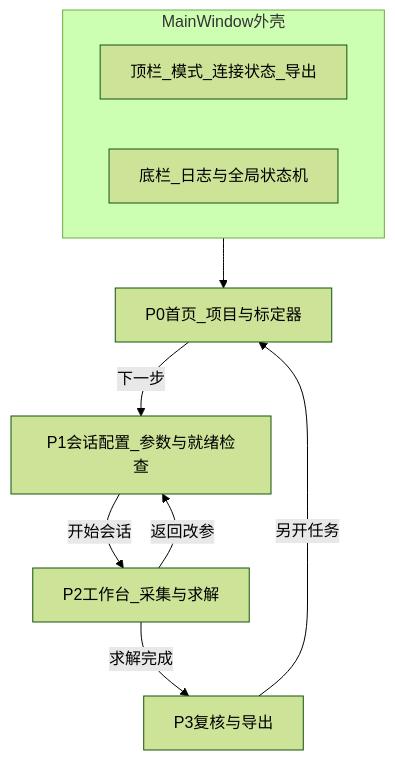
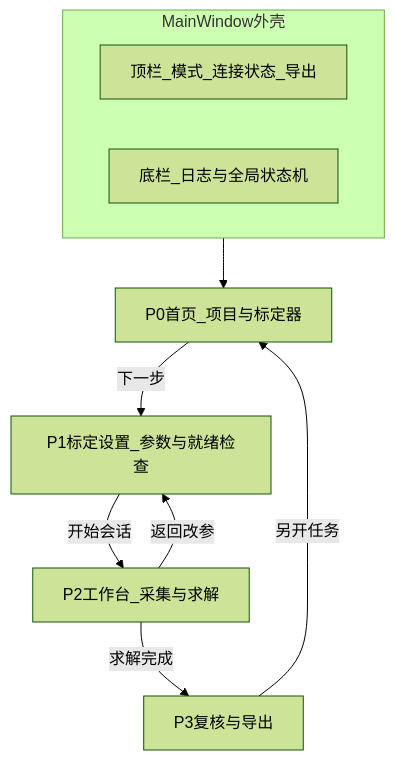
One commit to xulinhua/testCode changed the first of 2 diagrams in simulation/src/hs_calib_suite/docs/UI_CONCEPT.md. Above: the diagram before and after it, drawn with Mermaid (forest theme). The commit also changed other lines of this file and 45 other files, not shown here.

````diff
--- a/simulation/src/hs_calib_suite/docs/UI_CONCEPT.md
+++ b/simulation/src/hs_calib_suite/docs/UI_CONCEPT.md
@@ -26,19 +26,19 @@
 ```mermaid
 flowchart TB
   subgraph shell [MainWindow外壳]
     TopBar[顶栏_模式_连接状态_导出]
     StatusBar[底栏_日志与全局状态机]
   end
 
   Home[P0首页_项目与标定器]
-  Setup[P1会话配置_参数与就绪检查]
+  Setup[P1标定设置_参数与就绪检查]
   Work[P2工作台_采集与求解]
   Review[P3复核与导出]
 
   shell --> Home
   Home -->|下一步| Setup
   Setup -->|开始会话| Work
   Work -->|求解完成| Review
   Review -->|另开任务| Home
   Work -->|返回改参| Setup
 ```
````
